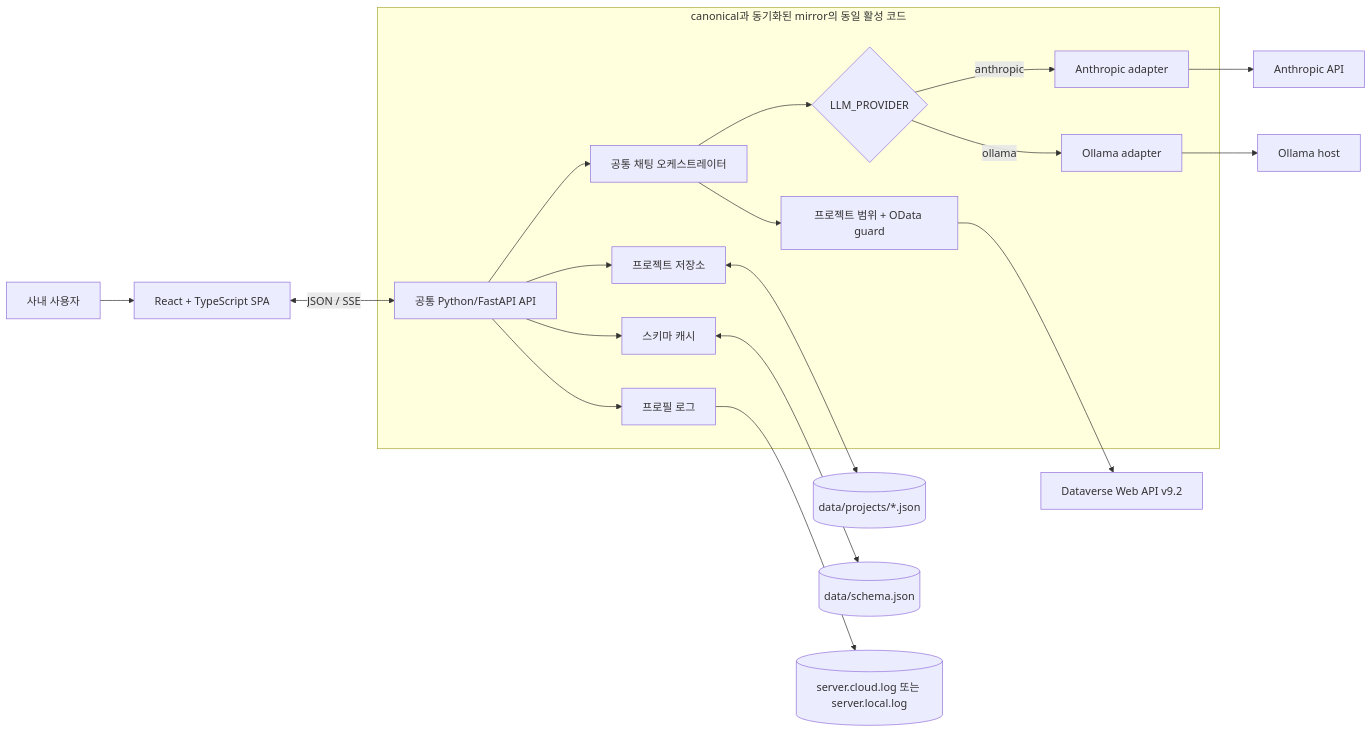
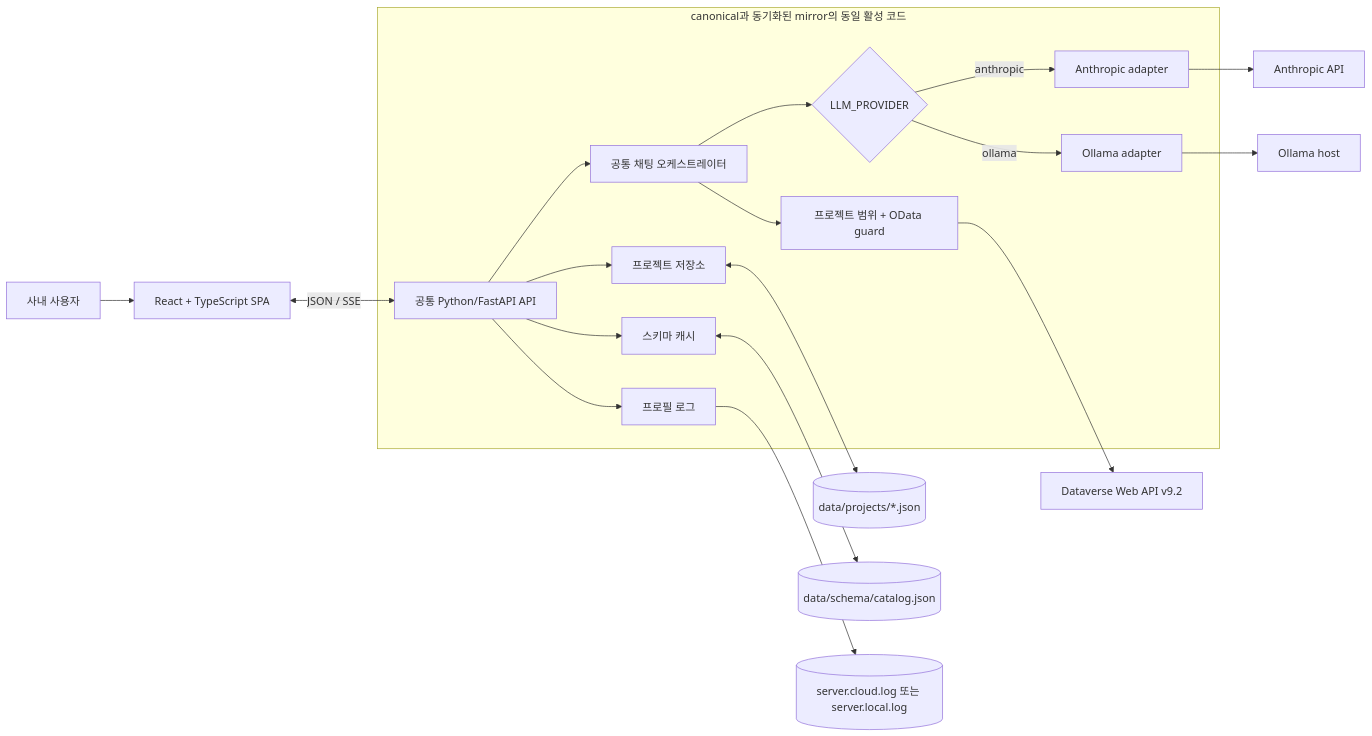
The first of 2 diagrams in docs/HANDOVER.md (hansu0317/cloud-mcp-azure), drawn with Mermaid before and after one commit. The commit also changed other lines of this file and 26 other files, not shown here.

````diff
--- a/docs/HANDOVER.md
+++ b/docs/HANDOVER.md
@@ -95,23 +95,23 @@
 ```mermaid
 flowchart LR
     U["사내 사용자"] --> SPA["React + TypeScript SPA"]
     SPA <-->|"JSON / SSE"| API["공통 Python/FastAPI API"]
 
     subgraph APP["canonical과 동기화된 mirror의 동일 활성 코드"]
         API --> CHAT["공통 채팅 오케스트레이터"]
         CHAT --> FACTORY{"LLM_PROVIDER"}
         FACTORY -->|"anthropic"| A["Anthropic adapter"]
         FACTORY -->|"ollama"| O["Ollama adapter"]
         CHAT --> GUARD["프로젝트 범위 + OData guard"]
         API --> PROJECTS["프로젝트 저장소"]
         API --> SCHEMA["스키마 캐시"]
         API --> LOG["프로필 로그"]
     end
 
     A --> ANTH["Anthropic API"]
     O --> OLLAMA["Ollama host"]
     GUARD --> DV["Dataverse Web API v9.2"]
     PROJECTS <--> PF[("data/projects/*.json")]
-    SCHEMA <--> SF[("data/schema.json")]
+    SCHEMA <--> SF[("data/schema/catalog.json")]
     LOG --> LF[("server.cloud.log 또는 server.local.log")]
 ```
````
